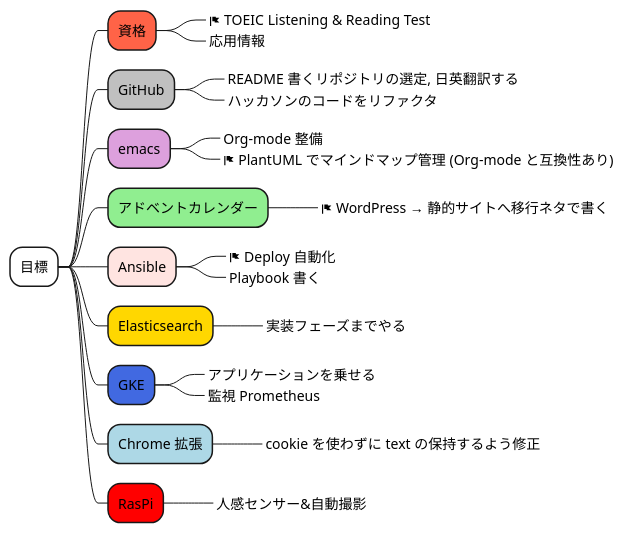
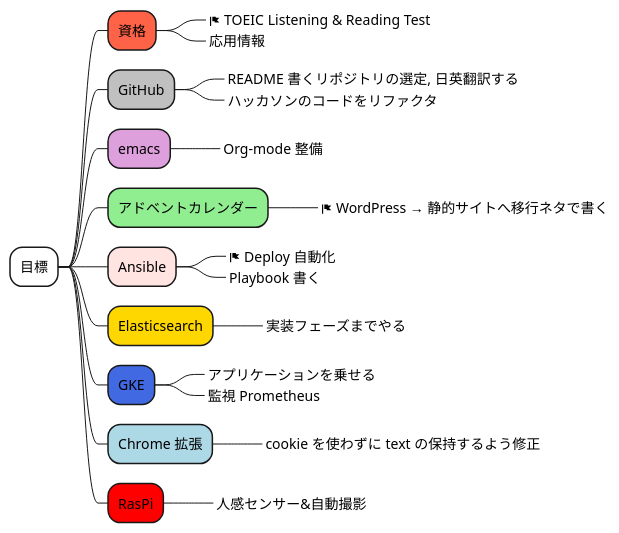
The diagram in test.puml (Ishizuka427/MindMap), drawn with PlantUML before and after one commit.

```diff
--- a/test.puml
+++ b/test.puml
@@ -1,26 +1,25 @@
 @startmindmap
 *[#white] 目標
 **[#tomato] 資格
 ***_ <&flag> TOEIC Listening & Reading Test
 ***_ 応用情報
 **[#silver] GitHub
 ***_ README 書くリポジトリの選定, 日英翻訳する
 ***_ ハッカソンのコードをリファクタ
 **[#plum] emacs
 ***_ Org-mode 整備
-***_ <&flag> PlantUML でマインドマップ管理 (Org-mode と互換性あり)
 **[#lightgreen] アドベントカレンダー
 ***_ <&flag> WordPress → 静的サイトへ移行ネタで書く
 **[#mistyrose] Ansible
 ***_ <&flag> Deploy 自動化
 ***_ Playbook 書く
 **[#gold] Elasticsearch
 ***_ 実装フェーズまでやる
 **[#royalblue] GKE
 ***_ アプリケーションを乗せる
 ***_ 監視 Prometheus
 **[#lightblue] Chrome 拡張
 ***_ cookie を使わずに text の保持するよう修正
 **[#red] RasPi
 ***_ 人感センサー&自動撮影
 @endmindmap
```
